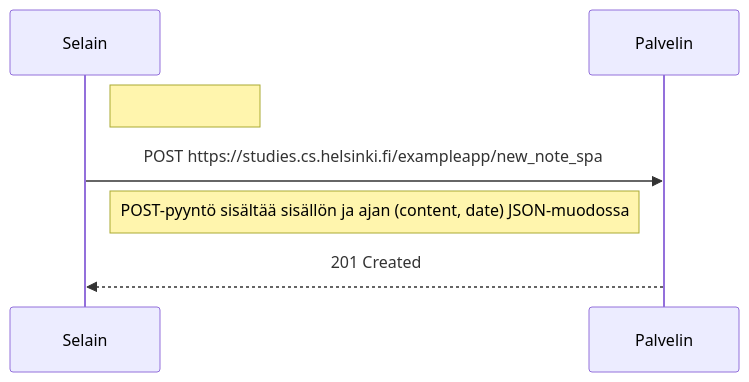
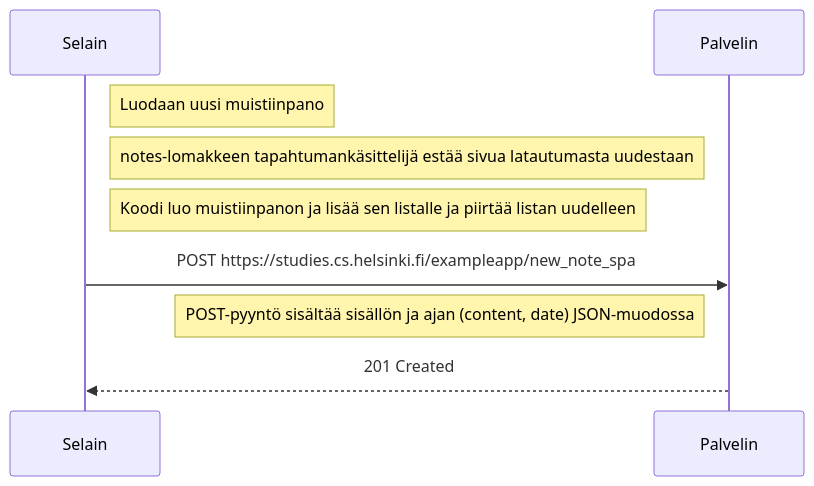
Before and after one commit to PasiParviainen/Fullstackosa0: the diagram in 0.6.md, drawn with Mermaid.

````diff
--- a/0.6.md
+++ b/0.6.md
@@ -1,11 +1,13 @@
 ```mermaid
 sequenceDiagram
   participant S as Selain
   participant P as Palvelin
 
-  note right of S: 
+  note right of S: Luodaan uusi muistiinpano
+  note right of S: notes-lomakkeen tapahtumankäsittelijä estää sivua latautumasta uudestaan
+  note right of S: Koodi luo muistiinpanon ja lisää sen listalle ja piirtää listan uudelleen
 
   S->>P: POST https://studies.cs.helsinki.fi/exampleapp/new_note_spa
   note left of P: POST-pyyntö sisältää sisällön ja ajan (content, date) JSON-muodossa
   P-->>S: 201 Created
 ```
````
